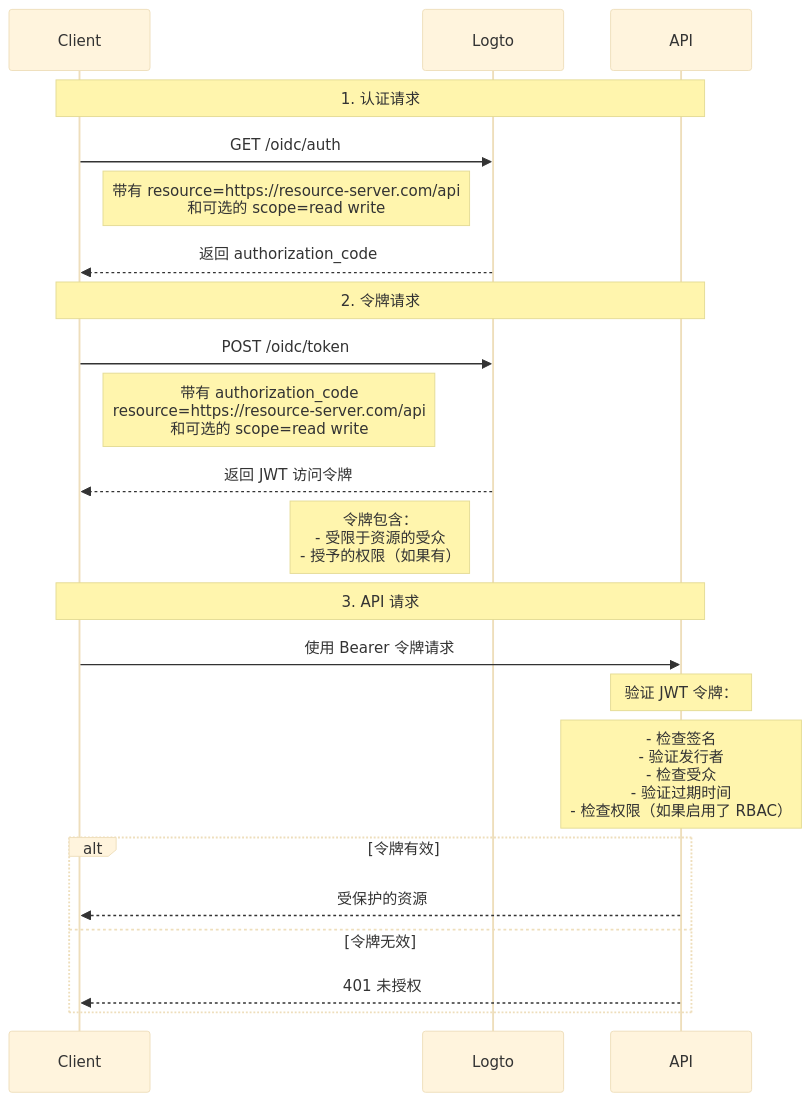
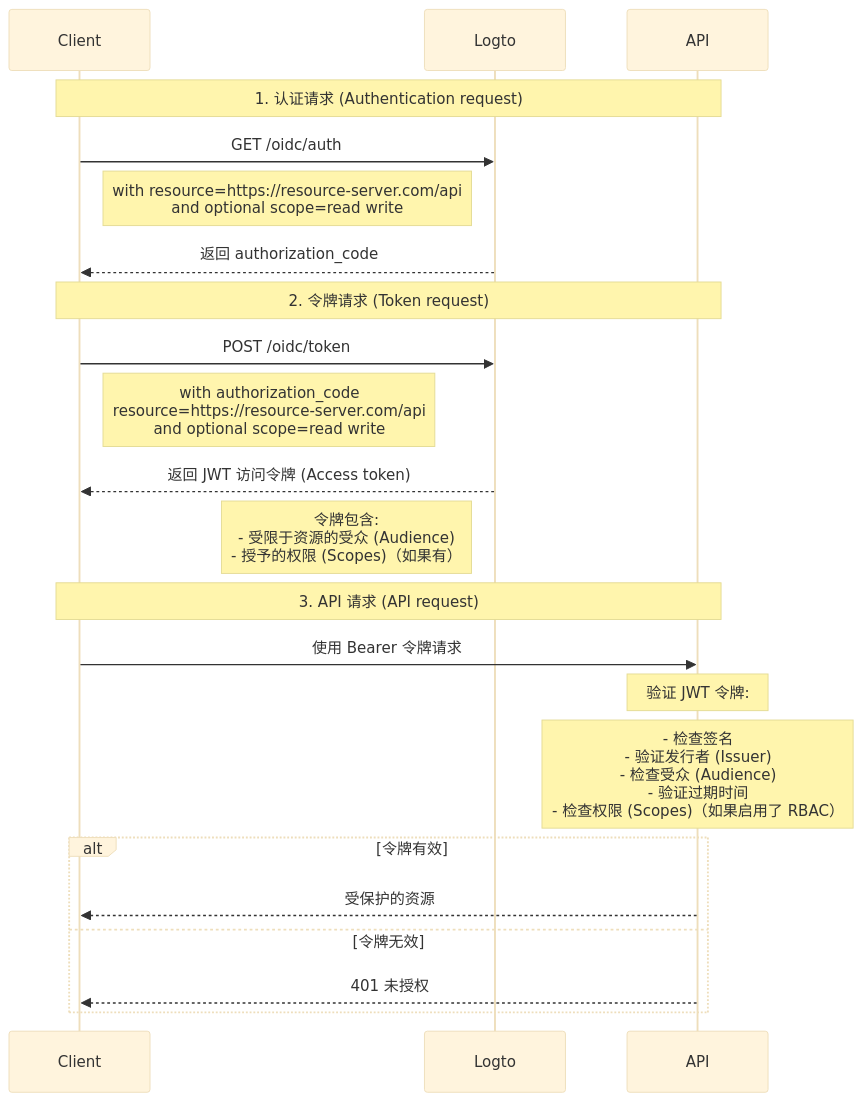
Before and after one commit to logto-io/docs: the diagram in i18n/zh-CN/docusaurus-plugin-content-docs/current/authorization/api-resources/protect-your-api.mdx, drawn with Mermaid (base theme). The commit also changed other lines of this file and 15 other files, not shown here.

````diff
--- a/i18n/zh-CN/docusaurus-plugin-content-docs/current/authorization/api-resources/protect-your-api.mdx
+++ b/i18n/zh-CN/docusaurus-plugin-content-docs/current/authorization/api-resources/protect-your-api.mdx
@@ -9,27 +9,27 @@
 ```mermaid
 sequenceDiagram
     participant Client
     participant Logto
     participant API
 
-    Note over Client,API: 1. 认证请求
+    Note over Client,API: 1. 认证请求 (Authentication request)
     Client->>Logto: GET /oidc/auth
-    Note right of Client: 带有 resource=https://resource-server.com/api<br/>和可选的 scope=read write
+    Note right of Client: with resource=https://resource-server.com/api<br/>and optional scope=read write
     Logto-->>Client: 返回 authorization_code
 
-    Note over Client,API: 2. 令牌请求
+    Note over Client,API: 2. 令牌请求 (Token request)
     Client->>Logto: POST /oidc/token
-    Note right of Client: 带有 authorization_code<br/>resource=https://resource-server.com/api<br/>和可选的 scope=read write
-    Logto-->>Client: 返回 JWT 访问令牌
-    Note left of Logto: 令牌包含：<br/>- 受限于资源的受众<br/>- 授予的权限（如果有）
+    Note right of Client: with authorization_code<br/>resource=https://resource-server.com/api<br/>and optional scope=read write
+    Logto-->>Client: 返回 JWT 访问令牌 (Access token)
+    Note left of Logto: 令牌包含:<br/>- 受限于资源的受众 (Audience)<br/>- 授予的权限 (Scopes)（如果有）
 
-    Note over Client,API: 3. API 请求
+    Note over Client,API: 3. API 请求 (API request)
     Client->>API: 使用 Bearer 令牌请求
-    Note over API: 验证 JWT 令牌：
-    Note over API: - 检查签名<br/>- 验证发行者<br/>- 检查受众<br/>- 验证过期时间<br/>- 检查权限（如果启用了 RBAC）
+    Note over API: 验证 JWT 令牌:
+    Note over API: - 检查签名<br/>- 验证发行者 (Issuer)<br/>- 检查受众 (Audience)<br/>- 验证过期时间<br/>- 检查权限 (Scopes)（如果启用了 RBAC）
     alt 令牌有效
         API-->>Client: 受保护的资源
     else 令牌无效
         API-->>Client: 401 未授权
     end
 ```
````
